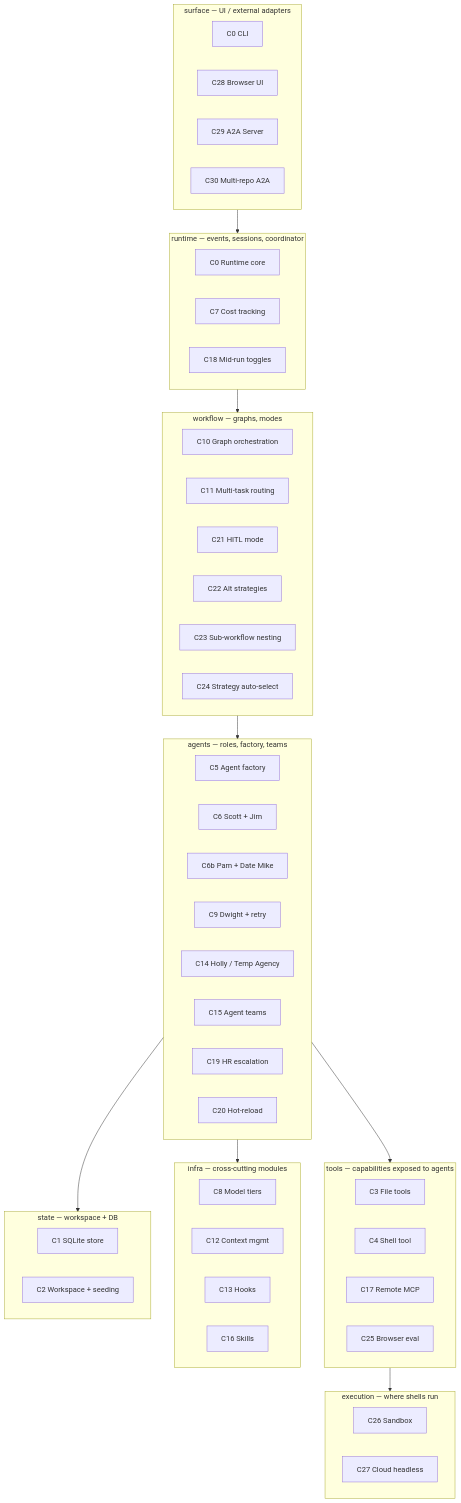
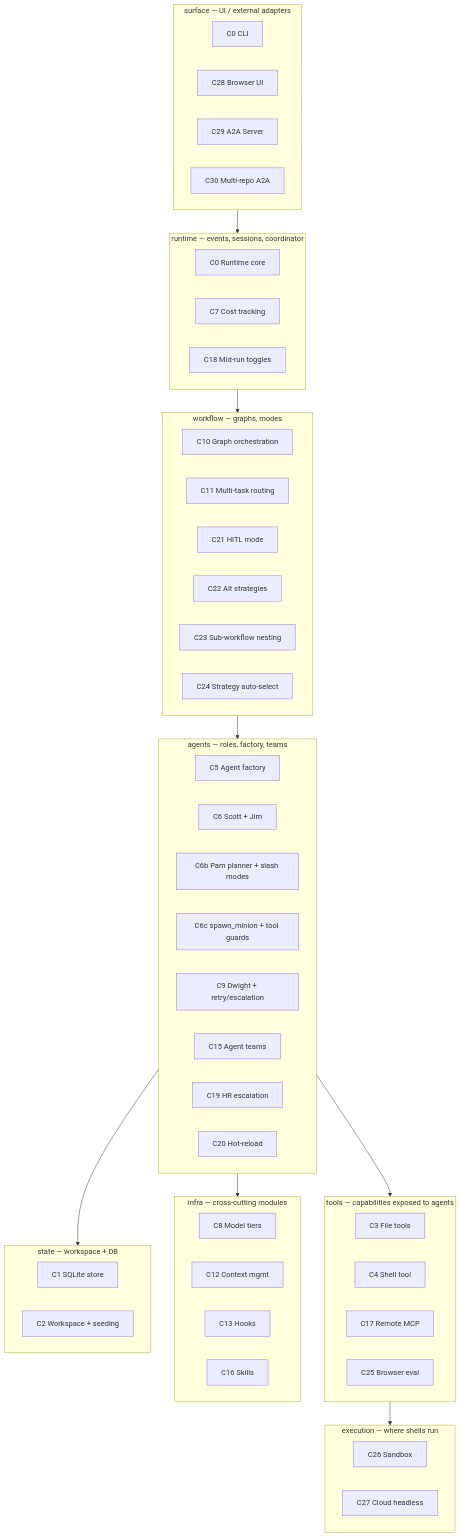
Before and after one commit to VENKATESHWARAN-R/dunder-mifflin-harness: the first of 33 diagrams in docs/ROADMAP.md, drawn with Mermaid. The commit also changed other lines of this file and 3 other files, not shown here.

First line of the commit message:
docs: update ROADMAP.md and related brainstorm notes to reflect recent component revisions

````diff
--- a/docs/ROADMAP.md
+++ b/docs/ROADMAP.md
@@ -23,60 +24,60 @@
 ```mermaid
 flowchart TB
   subgraph surface[surface — UI / external adapters]
     C0v[C0 CLI]
     C28v[C28 Browser UI]
     C29v[C29 A2A Server]
     C30v[C30 Multi-repo A2A]
   end
   subgraph runtime[runtime — events, sessions, coordinator]
     C0r[C0 Runtime core]
     C7v[C7 Cost tracking]
     C18v[C18 Mid-run toggles]
   end
   subgraph workflow[workflow — graphs, modes]
     C10v[C10 Graph orchestration]
     C11v[C11 Multi-task routing]
     C21v[C21 HITL mode]
     C22v[C22 Alt strategies]
     C23v[C23 Sub-workflow nesting]
     C24v[C24 Strategy auto-select]
   end
   subgraph agents[agents — roles, factory, teams]
     C5v[C5 Agent factory]
     C6v[C6 Scott + Jim]
-    C6bv[C6b Pam + Date Mike]
-    C9v[C9 Dwight + retry]
-    C14v[C14 Holly / Temp Agency]
+    C6bv[C6b Pam planner + slash modes]
+    C6cv[C6c spawn_minion + tool guards]
+    C9v[C9 Dwight + retry/escalation]
     C15v[C15 Agent teams]
     C19v[C19 HR escalation]
     C20v[C20 Hot-reload]
   end
   subgraph tools[tools — capabilities exposed to agents]
     C3v[C3 File tools]
     C4v[C4 Shell tool]
     C17v[C17 Remote MCP]
     C25v[C25 Browser eval]
   end
   subgraph infra[infra — cross-cutting modules]
     C8v[C8 Model tiers]
     C12v[C12 Context mgmt]
     C13v[C13 Hooks]
     C16v[C16 Skills]
   end
   subgraph state[state — workspace + DB]
     C1v[C1 SQLite store]
     C2v[C2 Workspace + seeding]
   end
   subgraph execution[execution — where shells run]
     C26v[C26 Sandbox]
     C27v[C27 Cloud headless]
   end
 
   surface --> runtime
   runtime --> workflow
   workflow --> agents
   agents --> tools
   agents --> infra
   agents --> state
   tools --> execution
 ```
````
